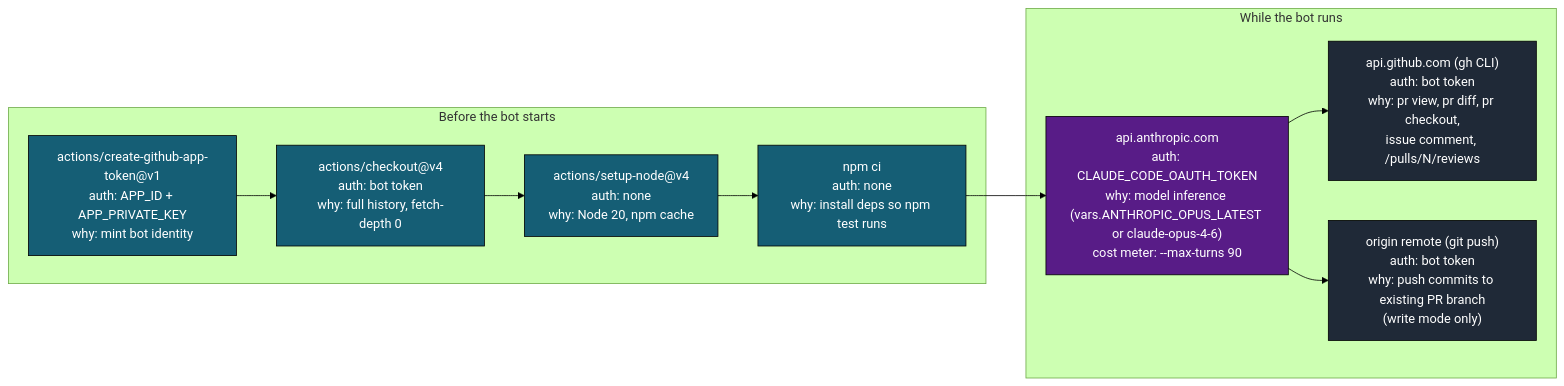
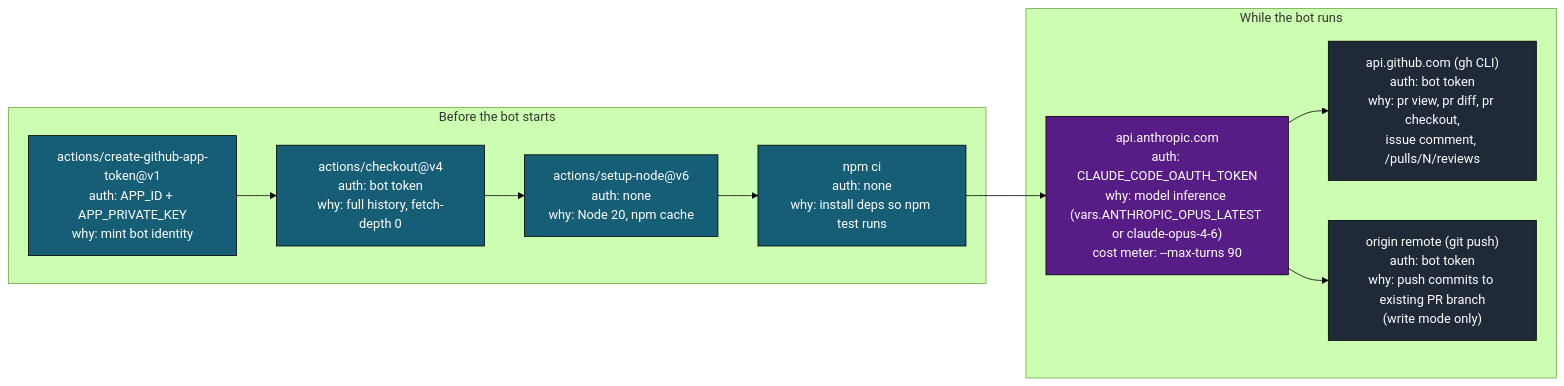
One commit to llm-exe/llm-exe changed the eighth of 13 diagrams in .github/docs/BOT_RESPOND_DEEP_DIVE.md. Above: the diagram before and after it, drawn with Mermaid (forest theme). The commit also changed other lines of this file and 10 other files, not shown here.

Commit message:
chore: update setup-node action to v6 across documentation

````diff
--- a/.github/docs/BOT_RESPOND_DEEP_DIVE.md
+++ b/.github/docs/BOT_RESPOND_DEEP_DIVE.md
@@ -357,23 +357,23 @@
 ```mermaid
 flowchart LR
     classDef pre fill:#155e75,color:#fff,stroke:#000
     classDef llm fill:#581c87,color:#fff,stroke:#000
     classDef gh fill:#1f2937,color:#fff,stroke:#000
 
     subgraph Pre["Before the bot starts"]
         c1["actions/create-github-app-token@v1\nauth: APP_ID + APP_PRIVATE_KEY\nwhy: mint bot identity"]:::pre
         c2["actions/checkout@v4\nauth: bot token\nwhy: full history, fetch-depth 0"]:::pre
-        c3["actions/setup-node@v4\nauth: none\nwhy: Node 20, npm cache"]:::pre
+        c3["actions/setup-node@v6\nauth: none\nwhy: Node 20, npm cache"]:::pre
         c4["npm ci\nauth: none\nwhy: install deps so npm test runs"]:::pre
     end
 
     subgraph During["While the bot runs"]
         d1["api.anthropic.com\nauth: CLAUDE_CODE_OAUTH_TOKEN\nwhy: model inference (vars.ANTHROPIC_OPUS_LATEST or claude-opus-4-6)\ncost meter: --max-turns 90"]:::llm
         d2["api.github.com (gh CLI)\nauth: bot token\nwhy: pr view, pr diff, pr checkout,\nissue comment, /pulls/N/reviews"]:::gh
         d3["origin remote (git push)\nauth: bot token\nwhy: push commits to existing PR branch\n(write mode only)"]:::gh
     end
 
     c1 --> c2 --> c3 --> c4 --> d1
     d1 --> d2
     d1 --> d3
 ```
````
